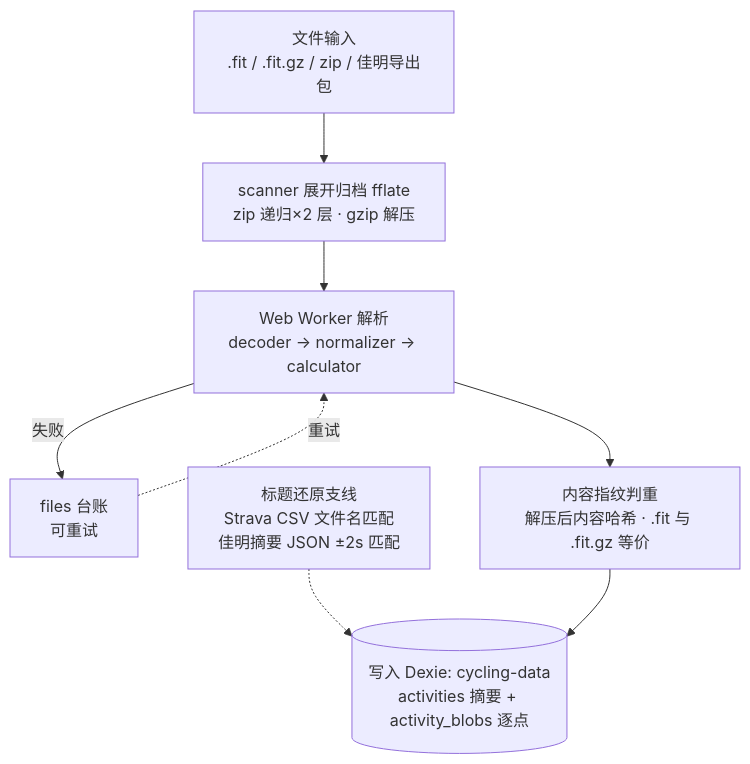
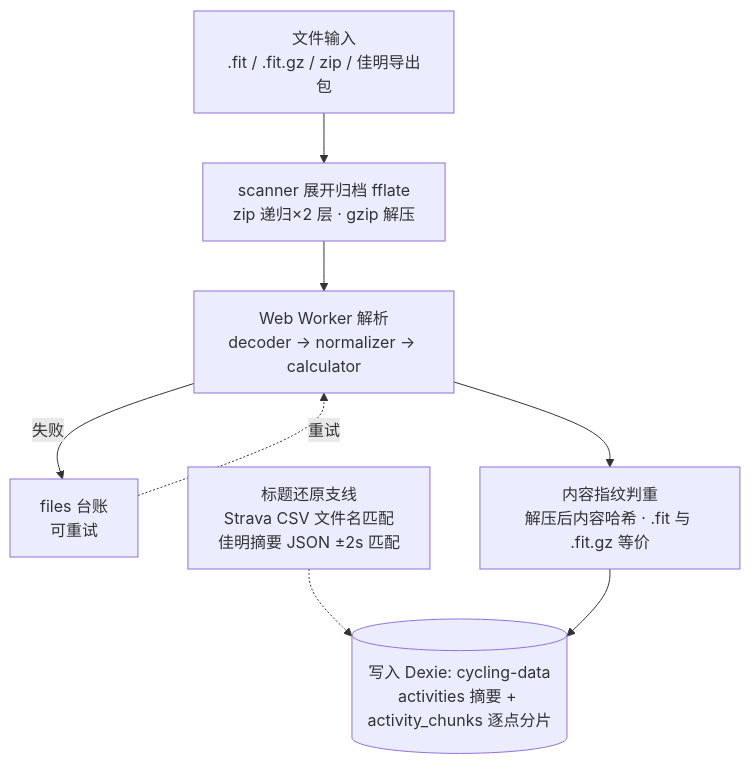
The second of 4 diagrams in docs/架构总览.md (999bug/cycling-analyzer), drawn with Mermaid before and after one commit. The commit also changed other lines of this file and 10 other files, not shown here.

````diff
--- a/docs/架构总览.md
+++ b/docs/架构总览.md
@@ -111,10 +111,10 @@
 ```mermaid
 flowchart TD
     A["文件输入<br/>.fit / .fit.gz / zip / 佳明导出包"] --> B["scanner 展开归档 fflate<br/>zip 递归×2 层 · gzip 解压"]
     B --> C["Web Worker 解析<br/>decoder → normalizer → calculator"]
     C -->|"失败"| Z["files 台账<br/>可重试"]
     Z -. "重试" .-> C
     C --> E["内容指纹判重<br/>解压后内容哈希 · .fit 与 .fit.gz 等价"]
     T["标题还原支线<br/>Strava CSV 文件名匹配<br/>佳明摘要 JSON ±2s 匹配"] -.-> G
-    E --> G[("写入 Dexie: cycling-data<br/>activities 摘要 + activity_blobs 逐点")]
+    E --> G[("写入 Dexie: cycling-data<br/>activities 摘要 + activity_chunks 逐点分片")]
 ```
````
